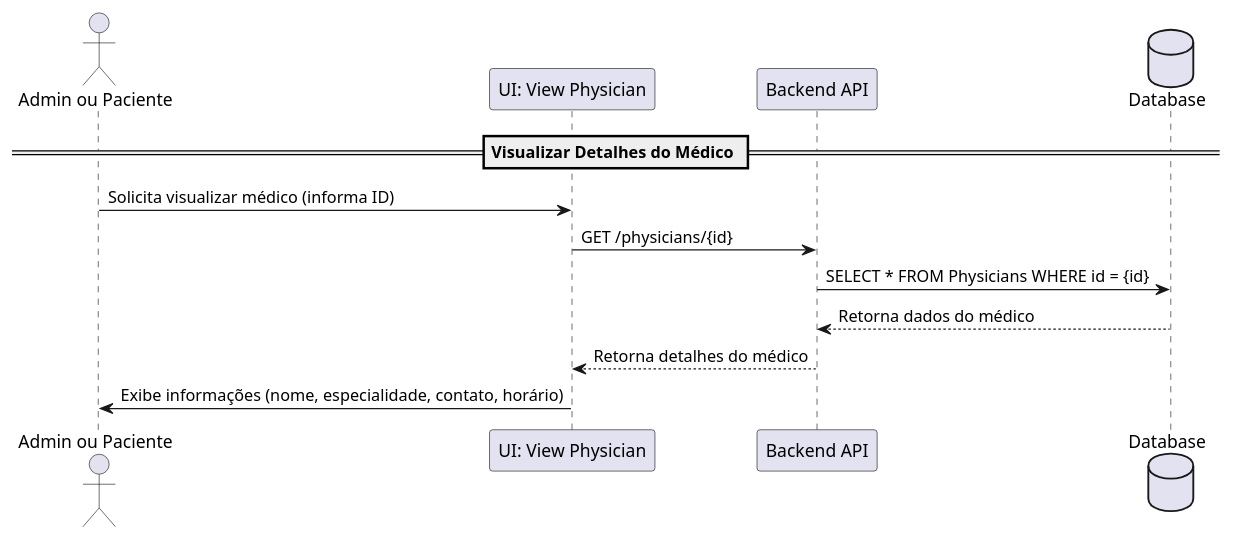
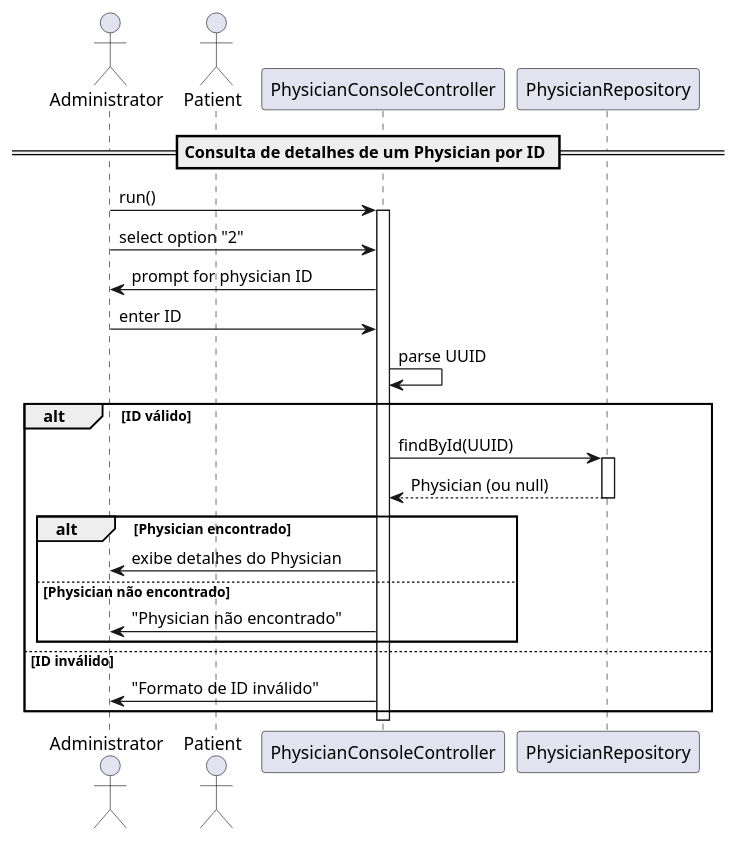
One commit to luluisfcm/psoft_1221432_1231479_1222100 changed the diagram in Docs/US4-SD.puml. Above: the diagram before and after it, drawn with PlantUML. The commit also changed 4 other files, not shown here.

```diff
--- a/Docs/US4-SD.puml
+++ b/Docs/US4-SD.puml
@@ -1,16 +1,33 @@
 @startuml
-actor "Admin ou Paciente" as User
-participant "UI: View Physician" as UI
-participant "Backend API" as API
-database "Database" as DB
+actor Administrator
+actor Patient
+participant "PhysicianConsoleController" as Controller
+participant "PhysicianRepository" as Repository
 
-== Visualizar Detalhes do Médico ==
+== Consulta de detalhes de um Physician por ID ==
 
-User -> UI : Solicita visualizar médico (informa ID)
-UI -> API : GET /physicians/{id}
-API -> DB : SELECT * FROM Physicians WHERE id = {id}
-DB --> API : Retorna dados do médico
-API --> UI : Retorna detalhes do médico
-UI -> User : Exibe informações (nome, especialidade, contato, horário)
+Administrator -> Controller : run()
+activate Controller
 
+Administrator -> Controller : select option "2"
+Controller -> Administrator : prompt for physician ID
+Administrator -> Controller : enter ID
+
+Controller -> Controller : parse UUID
+alt ID válido
+    Controller -> Repository : findById(UUID)
+    activate Repository
+    Repository --> Controller : Physician (ou null)
+    deactivate Repository
+
+    alt Physician encontrado
+        Controller -> Administrator : exibe detalhes do Physician
+    else Physician não encontrado
+        Controller -> Administrator : "Physician não encontrado"
+    end
+else ID inválido
+    Controller -> Administrator : "Formato de ID inválido"
+end
+
+deactivate Controller
 @enduml
```
